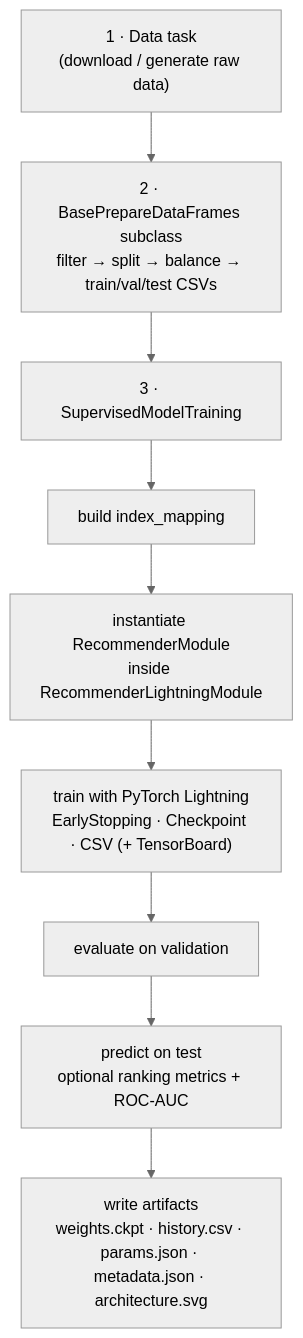
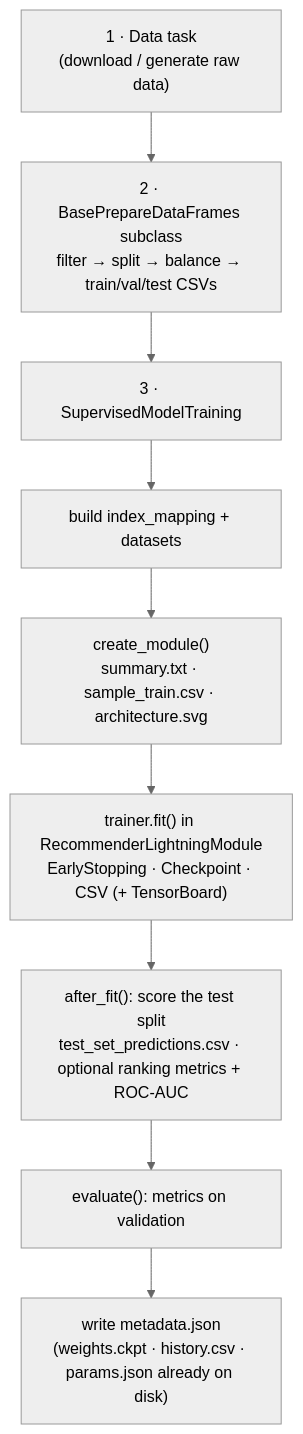
The diagram in docs/concepts/pipeline.md (marlesson/mars-rec), drawn with Mermaid (neutral theme) before and after one commit. The commit also changed other lines of this file and 11 other files, not shown here.

````diff
--- a/docs/concepts/pipeline.md
+++ b/docs/concepts/pipeline.md
@@ -6,12 +6,12 @@
 ```mermaid
 flowchart TD
     A["1 · Data task<br/>(download / generate raw data)"] --> B
     B["2 · BasePrepareDataFrames subclass<br/>filter → split → balance → train/val/test CSVs"] --> C
     C["3 · SupervisedModelTraining"]
-    C --> C1["build index_mapping"]
-    C1 --> C2["instantiate RecommenderModule<br/>inside RecommenderLightningModule"]
-    C2 --> C3["train with PyTorch Lightning<br/>EarlyStopping · Checkpoint · CSV (+ TensorBoard)"]
-    C3 --> C4["evaluate on validation"]
-    C4 --> C5["predict on test<br/>optional ranking metrics + ROC-AUC"]
-    C5 --> C6["write artifacts<br/>weights.ckpt · history.csv · params.json · metadata.json · architecture.svg"]
+    C --> C1["build index_mapping + datasets"]
+    C1 --> C2["create_module()<br/>summary.txt · sample_train.csv · architecture.svg"]
+    C2 --> C3["trainer.fit() in RecommenderLightningModule<br/>EarlyStopping · Checkpoint · CSV (+ TensorBoard)"]
+    C3 --> C4["after_fit(): score the test split<br/>test_set_predictions.csv · optional ranking metrics + ROC-AUC"]
+    C4 --> C5["evaluate(): metrics on validation"]
+    C5 --> C6["write metadata.json<br/>(weights.ckpt · history.csv · params.json already on disk)"]
 ```
````
